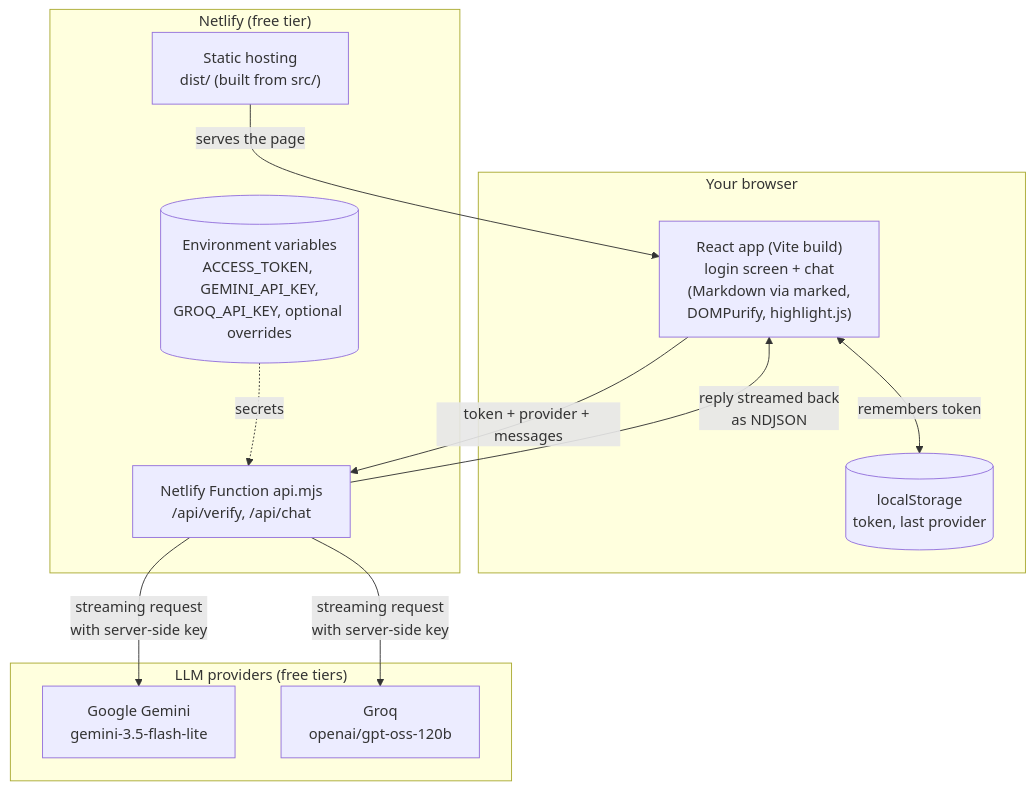
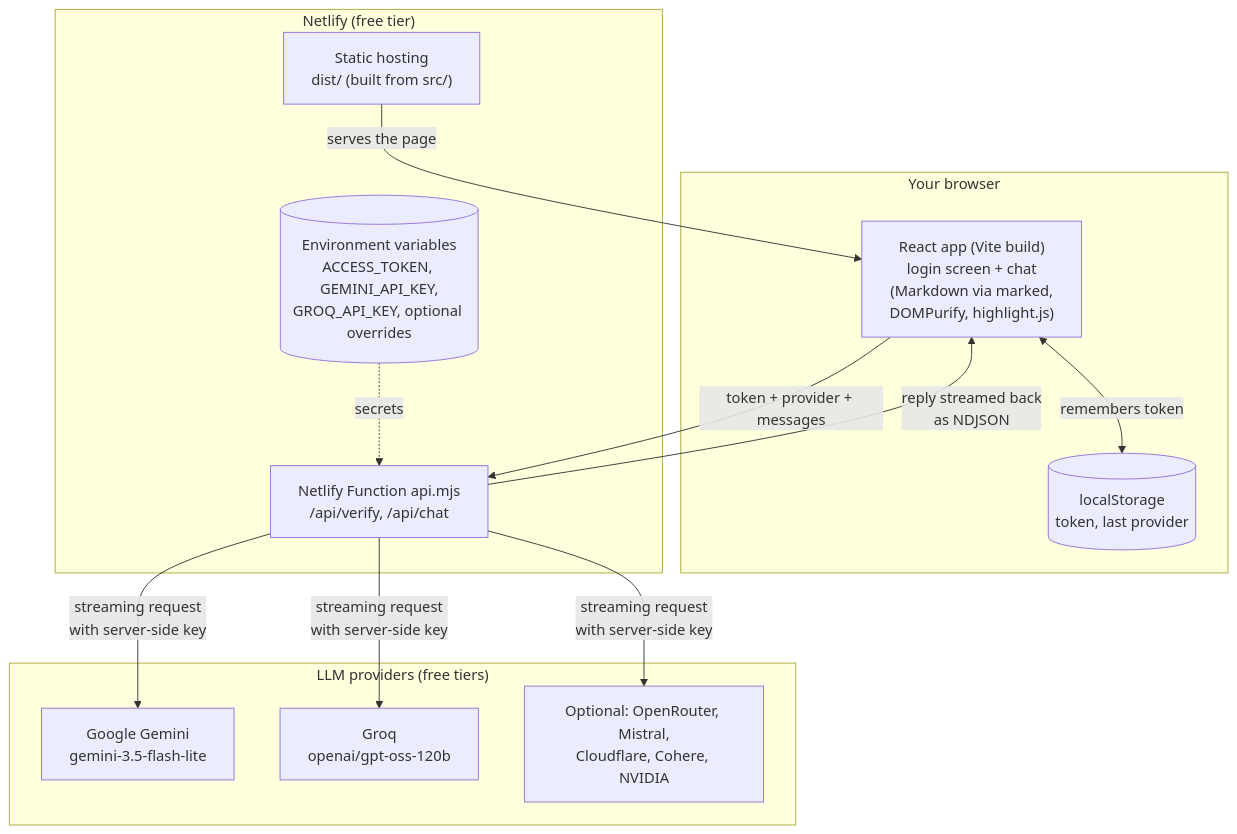
Before and after one commit to willamesoares/llmate: the first of 2 diagrams in README.md, drawn with Mermaid. The commit also changed other lines of this file and 5 other files, not shown here.

First line of the commit message:
Add OpenRouter, Mistral, Cloudflare, Cohere and NVIDIA providers

````diff
--- a/README.md
+++ b/README.md
@@ -71,26 +109,28 @@
 ```mermaid
 flowchart TB
     subgraph Browser["Your browser"]
         UI["React app (Vite build)<br/>login screen + chat<br/>(Markdown via marked,<br/>DOMPurify, highlight.js)"]
         LS[("localStorage<br/>token, last provider")]
     end
 
     subgraph Netlify["Netlify (free tier)"]
         STATIC["Static hosting<br/>dist/ (built from src/)"]
         FN["Netlify Function api.mjs<br/>/api/verify, /api/chat"]
         ENV[("Environment variables<br/>ACCESS_TOKEN, GEMINI_API_KEY,<br/>GROQ_API_KEY, optional overrides")]
     end
 
     subgraph Providers["LLM providers (free tiers)"]
         GEM["Google Gemini<br/>gemini-3.5-flash-lite"]
         GROQ["Groq<br/>openai/gpt-oss-120b"]
+        MORE["Optional: OpenRouter, Mistral,<br/>Cloudflare, Cohere, NVIDIA"]
     end
 
     STATIC -- "serves the page" --> UI
     UI <-- "remembers token" --> LS
     UI -- "token + provider + messages" --> FN
     ENV -. "secrets" .-> FN
     FN -- "streaming request<br/>with server-side key" --> GEM
     FN -- "streaming request<br/>with server-side key" --> GROQ
+    FN -- "streaming request<br/>with server-side key" --> MORE
     FN -- "reply streamed back<br/>as NDJSON" --> UI
 ```
````
